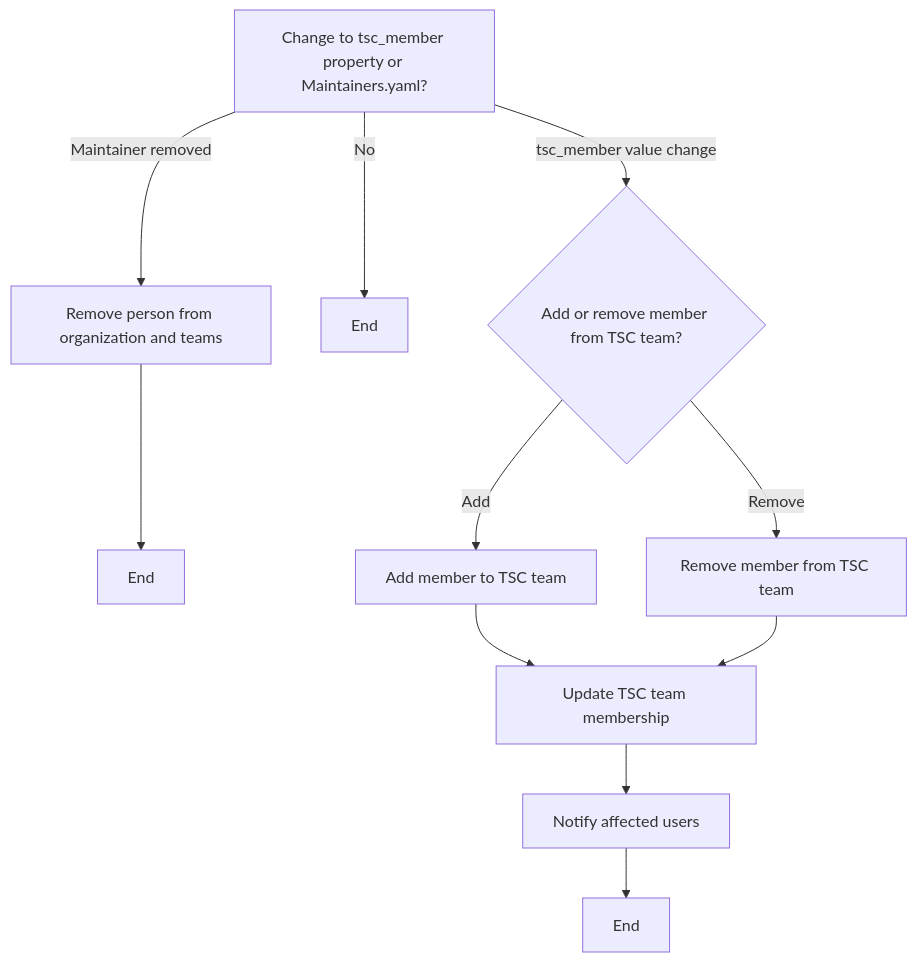
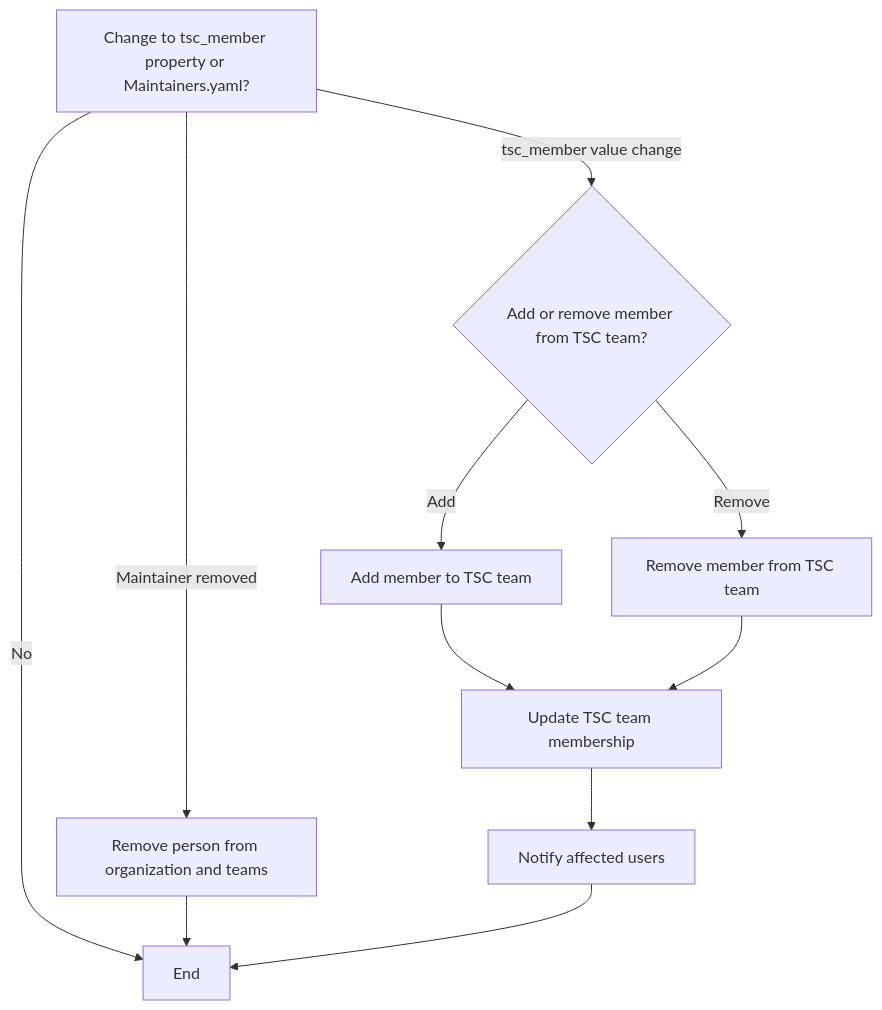
Before and after one commit to asyncapi/community: the seventh of 11 diagrams in docs/GSOC-23/README.md, drawn with Mermaid.

Commit message:
minor fix in flowchart

````diff
--- a/docs/GSOC-23/README.md
+++ b/docs/GSOC-23/README.md
@@ -141,15 +141,15 @@
 ```mermaid
 graph TD;
 A[Change to tsc_member property or Maintainers.yaml?] --> |Maintainer removed| B[Remove person from organization and teams];
-A --> |No| D[End];
+A --> |No| E[End];
 
 B --> E[End];
 
 A --> |tsc_member value change| F{Add or remove member from TSC team?};
 F --> |Add| G[Add member to TSC team];
 G --> H[Update TSC team membership];
 H --> I[Notify affected users];
-I --> J[End];
+I --> E[End];
 F --> |Remove| K[Remove member from TSC team];
 K --> H;
 ```
````
